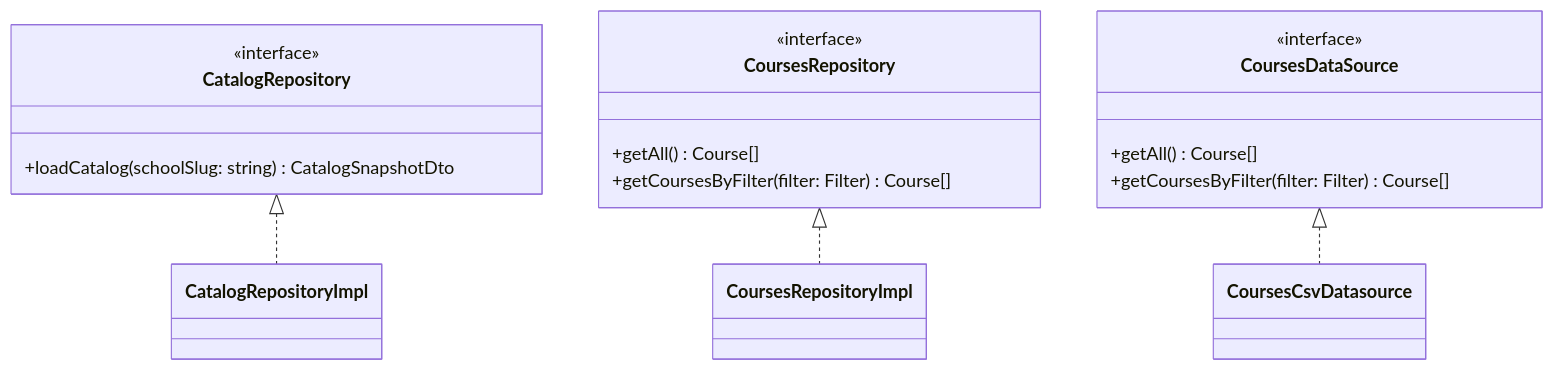
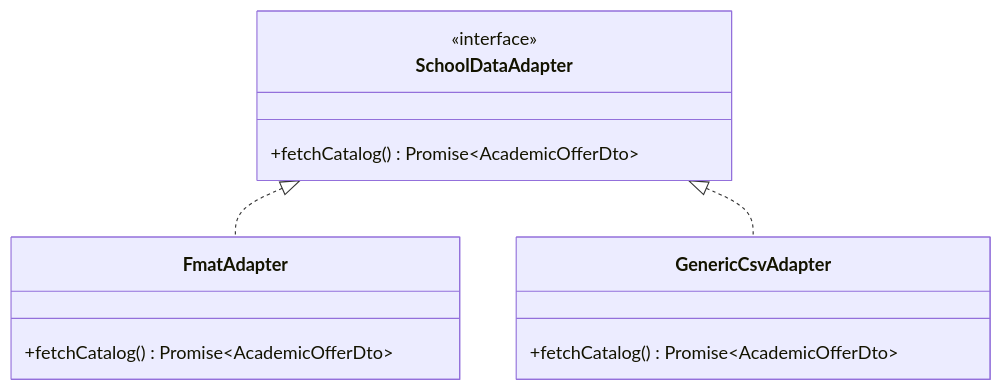
One commit to KiinMx/Kiin changed the seventh of 22 diagrams in docs/architecture.md. Above: the diagram before and after it, drawn with Mermaid. The commit also changed other lines of this file and 9 other files, not shown here.

First line of the commit message:
feat: Refactor initial load process and introduce FmatAdapter for Excel data handling

````diff
--- a/docs/architecture.md
+++ b/docs/architecture.md
@@ -203,23 +268,18 @@
 ```mermaid
 classDiagram
-    class CatalogRepository {
+    class SchoolDataAdapter {
         <<interface>>
-        +loadCatalog(schoolSlug: string) CatalogSnapshotDto
+        +fetchCatalog() Promise~AcademicOfferDto~
     }
 
-    class CoursesRepository {
-        <<interface>>
-        +getAll() Course[]
-        +getCoursesByFilter(filter: Filter) Course[]
+    class FmatAdapter {
+        +fetchCatalog() Promise~AcademicOfferDto~
     }
 
-    class CoursesDataSource {
-        <<interface>>
-        +getAll() Course[]
-        +getCoursesByFilter(filter: Filter) Course[]
+    class GenericCsvAdapter {
+        +fetchCatalog() Promise~AcademicOfferDto~
     }
 
-    CatalogRepository <|.. CatalogRepositoryImpl
-    CoursesRepository <|.. CoursesRepositoryImpl
-    CoursesDataSource <|.. CoursesCsvDatasource
+    SchoolDataAdapter <|.. FmatAdapter
+    SchoolDataAdapter <|.. GenericCsvAdapter
 ```
````
